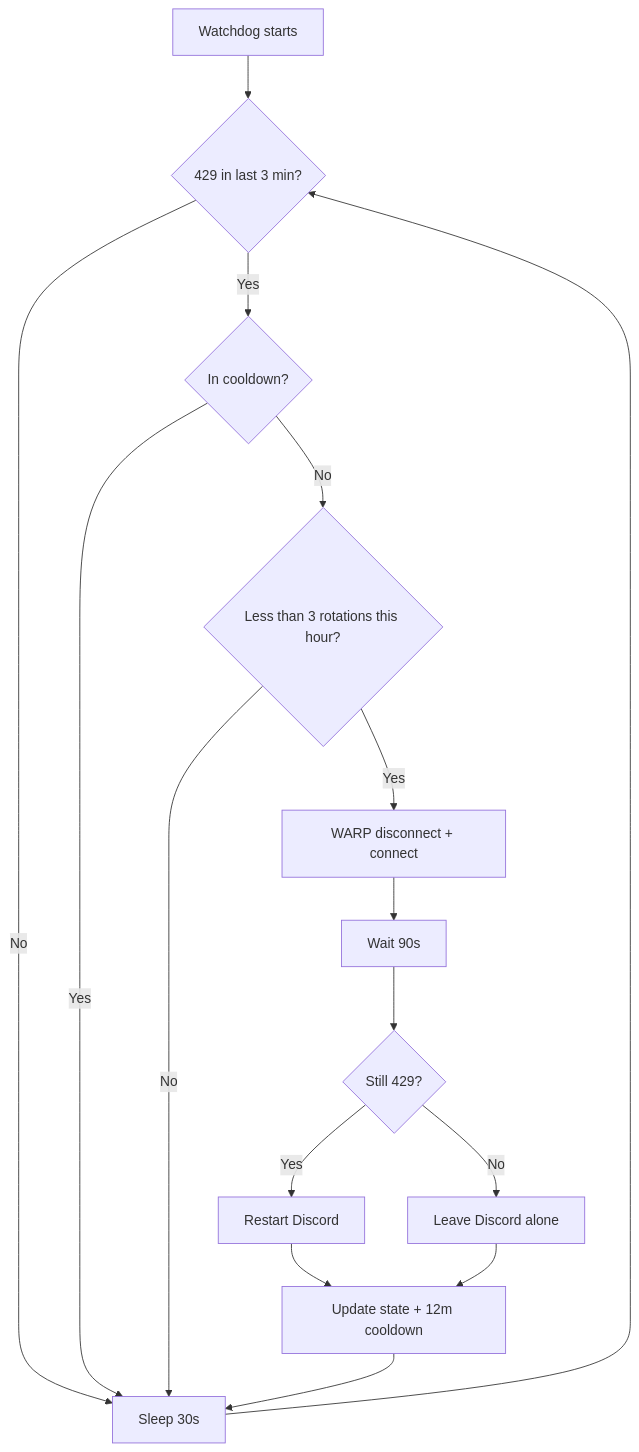
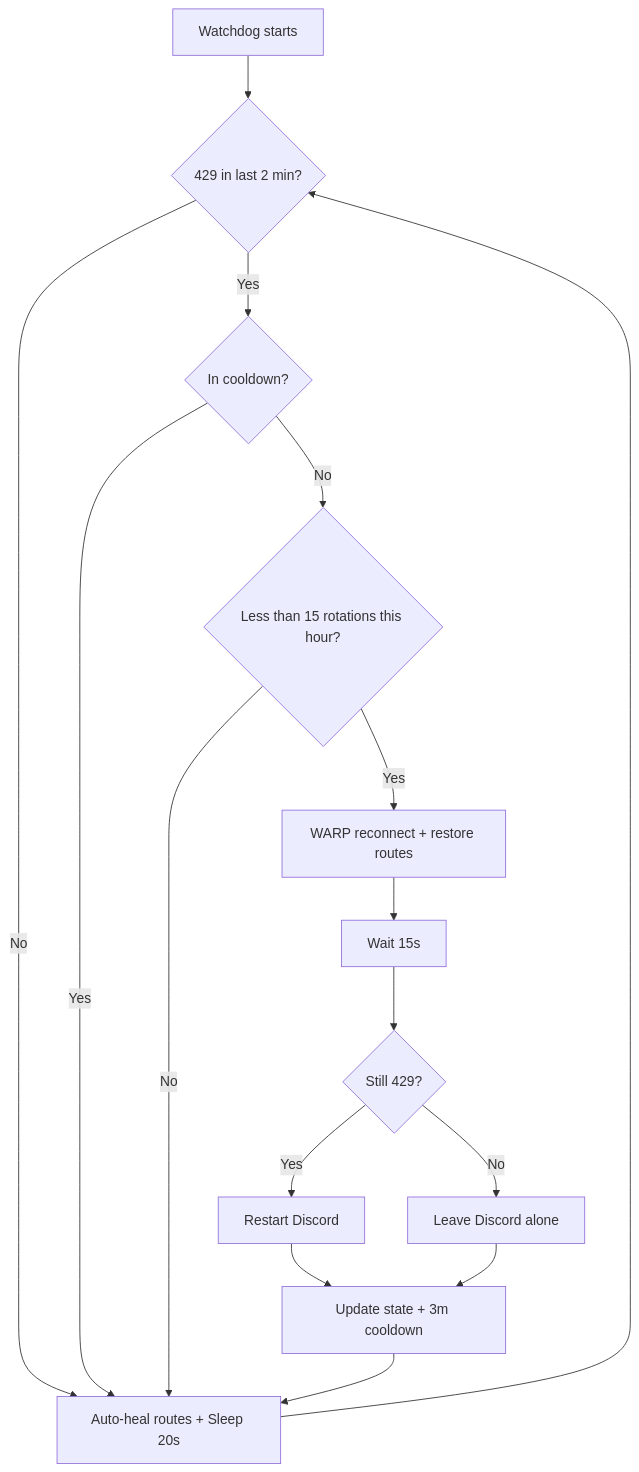
The diagram in README.md (brkNx/discord-429-watchdog-warp-zero-trust--loading-), drawn with Mermaid before and after one commit. The commit also changed other lines of this file, not shown here.

Commit message:
docs: sync README flowchart, file tree, and multi-user install FAQ with latest codebase

````diff
--- a/README.md
+++ b/README.md
@@ -133,18 +133,18 @@
 ```mermaid
 flowchart TD
-    A[Watchdog starts] --> B{429 in last 3 min?}
-    B -->|No| C[Sleep 30s]
+    A[Watchdog starts] --> B{429 in last 2 min?}
+    B -->|No| C[Auto-heal routes + Sleep 20s]
     C --> B
     B -->|Yes| D{In cooldown?}
     D -->|Yes| C
-    D -->|No| E{Less than 3 rotations this hour?}
+    D -->|No| E{Less than 15 rotations this hour?}
     E -->|No| C
-    E -->|Yes| F[WARP disconnect + connect]
-    F --> G[Wait 90s]
+    E -->|Yes| F[WARP reconnect + restore routes]
+    F --> G[Wait 15s]
     G --> H{Still 429?}
     H -->|Yes| I[Restart Discord]
     H -->|No| J[Leave Discord alone]
-    I --> K[Update state + 12m cooldown]
+    I --> K[Update state + 3m cooldown]
     J --> K
     K --> C
 ```
````
